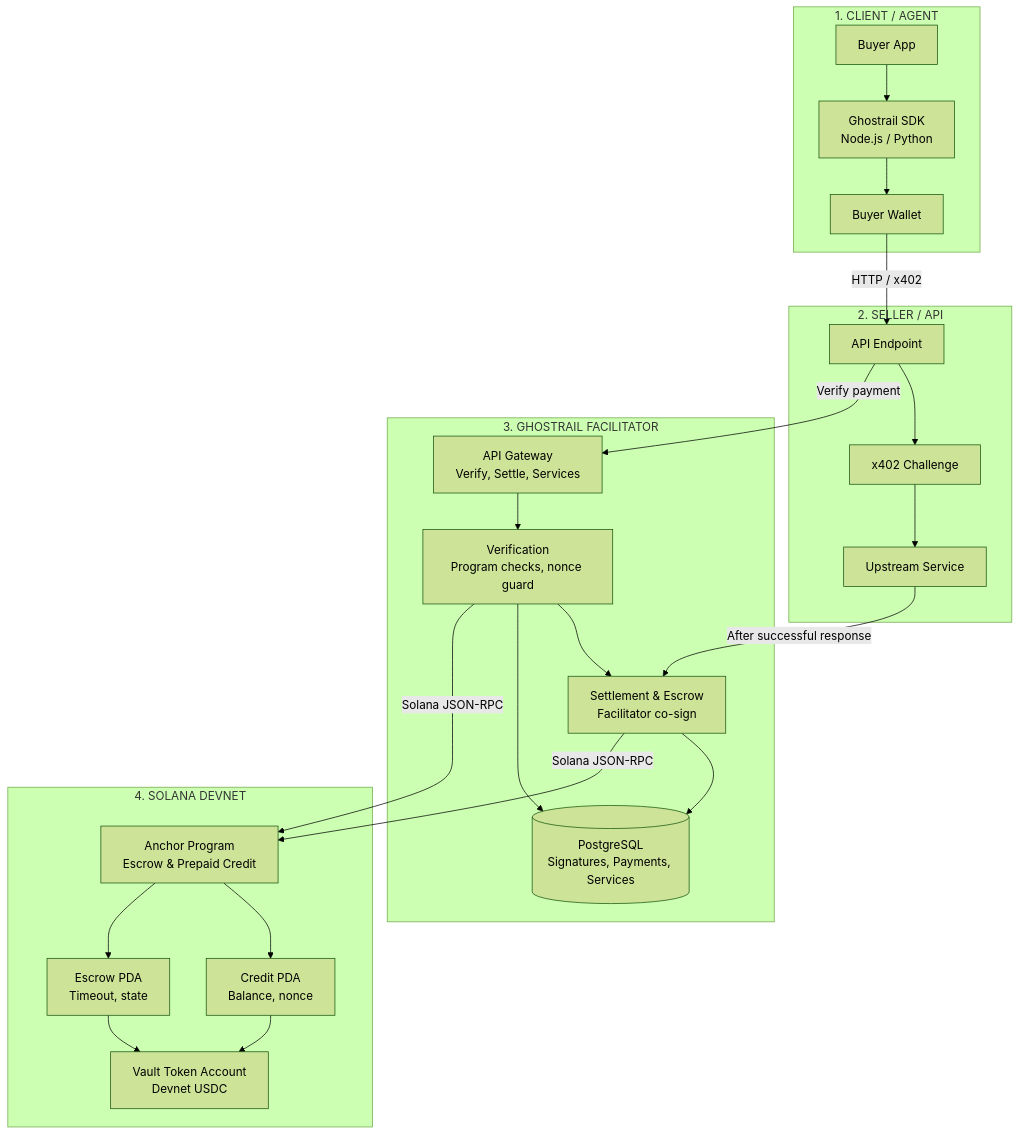
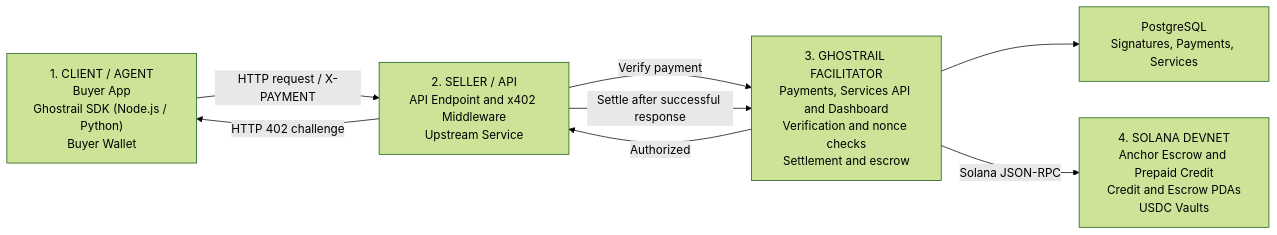
The first of 3 diagrams in README.md (seyoj7/ghostrail), drawn with Mermaid (forest theme) before and after one commit. The commit also changed other lines of this file, not shown here.

Commit message:
feat: enhance system architecture diagram and payment flow details in README.md

````diff
--- a/README.md
+++ b/README.md
@@ -18,31 +18,16 @@
 ```mermaid
-flowchart TB
-  subgraph Client["1. CLIENT / AGENT"]
-    BuyerApp["Buyer App"] --> SDK["Ghostrail SDK<br/>Node.js / Python"] --> Wallet["Buyer Wallet"]
-  end
+flowchart LR
+  Client["1. CLIENT / AGENT<br/>Buyer App<br/>Ghostrail SDK (Node.js / Python)<br/>Buyer Wallet"]
+  Seller["2. SELLER / API<br/>API Endpoint and x402 Middleware<br/>Upstream Service"]
+  Facilitator["3. GHOSTRAIL FACILITATOR<br/>Payments, Services API and Dashboard<br/>Verification and nonce checks<br/>Settlement and escrow"]
+  Database["PostgreSQL<br/>Signatures, Payments, Services"]
+  Solana["4. SOLANA DEVNET<br/>Anchor Escrow and Prepaid Credit<br/>Credit and Escrow PDAs<br/>USDC Vaults"]
 
-  subgraph Seller["2. SELLER / API"]
-    API["API Endpoint"] --> Challenge["x402 Challenge"] --> Upstream["Upstream Service"]
-  end
-
-  Wallet -->|"HTTP / x402"| API
-  API -->|"Verify payment"| Gateway
-  Upstream -->|"After successful response"| Settlement
-
-  subgraph Facilitator["3. GHOSTRAIL FACILITATOR"]
-    Gateway["API Gateway<br/>Verify, Settle, Services"] --> Verification["Verification<br/>Program checks, nonce guard"] --> Settlement["Settlement & Escrow<br/>Facilitator co-sign"]
-    Database[("PostgreSQL<br/>Signatures, Payments, Services")]
-    Verification --> Database
-    Settlement --> Database
-  end
-
-  Verification -->|"Solana JSON-RPC"| Program
-  Settlement -->|"Solana JSON-RPC"| Program
-
-  subgraph Blockchain["4. SOLANA DEVNET"]
-    Program["Anchor Program<br/>Escrow & Prepaid Credit"] --> Credit["Credit PDA<br/>Balance, nonce"]
-    Program --> Escrow["Escrow PDA<br/>Timeout, state"]
-    Credit --> Vault["Vault Token Account<br/>Devnet USDC"]
-    Escrow --> Vault
-  end
+  Client -->|"HTTP request / X-PAYMENT"| Seller
+  Seller -->|"HTTP 402 challenge"| Client
+  Seller -->|"Verify payment"| Facilitator
+  Facilitator -->|"Authorized"| Seller
+  Seller -->|"Settle after successful response"| Facilitator
+  Facilitator --> Database
+  Facilitator -->|"Solana JSON-RPC"| Solana
 ```
````
